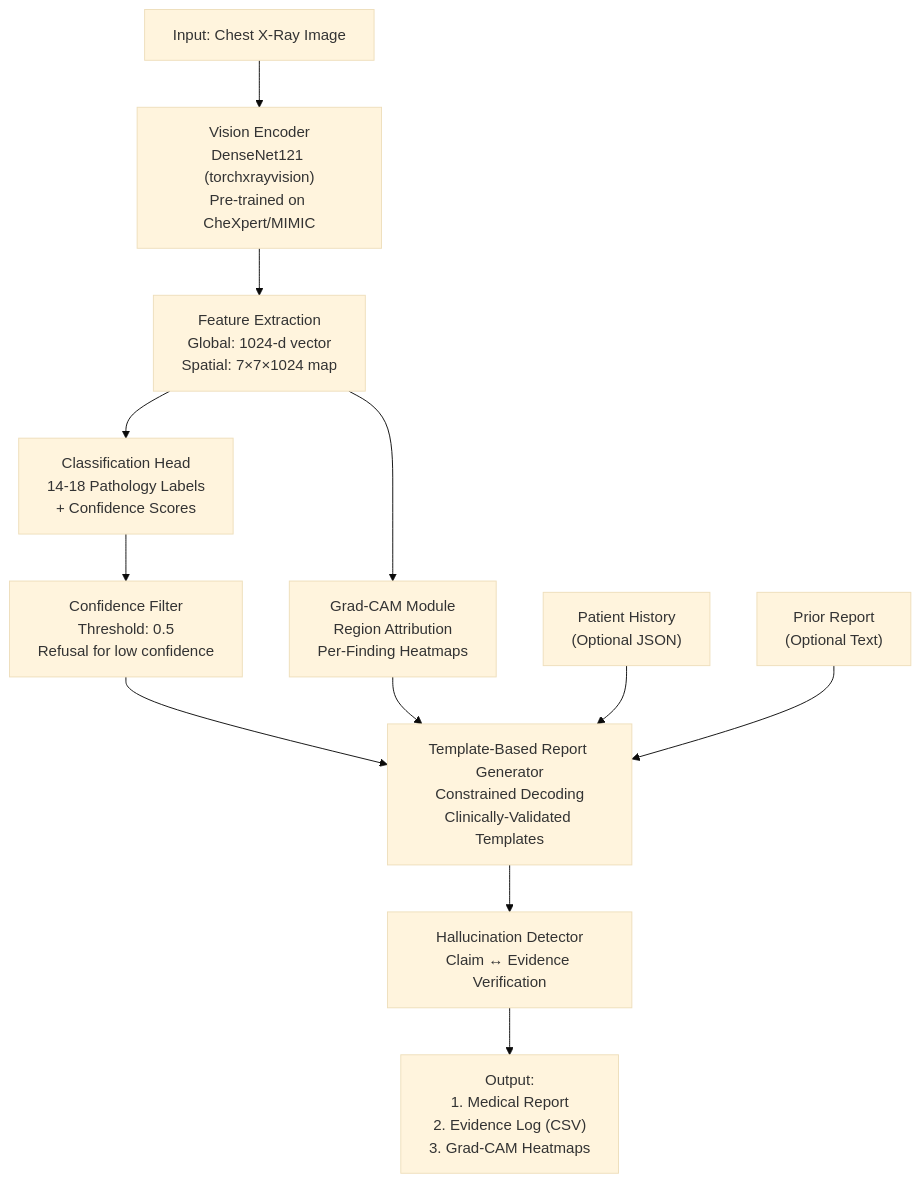
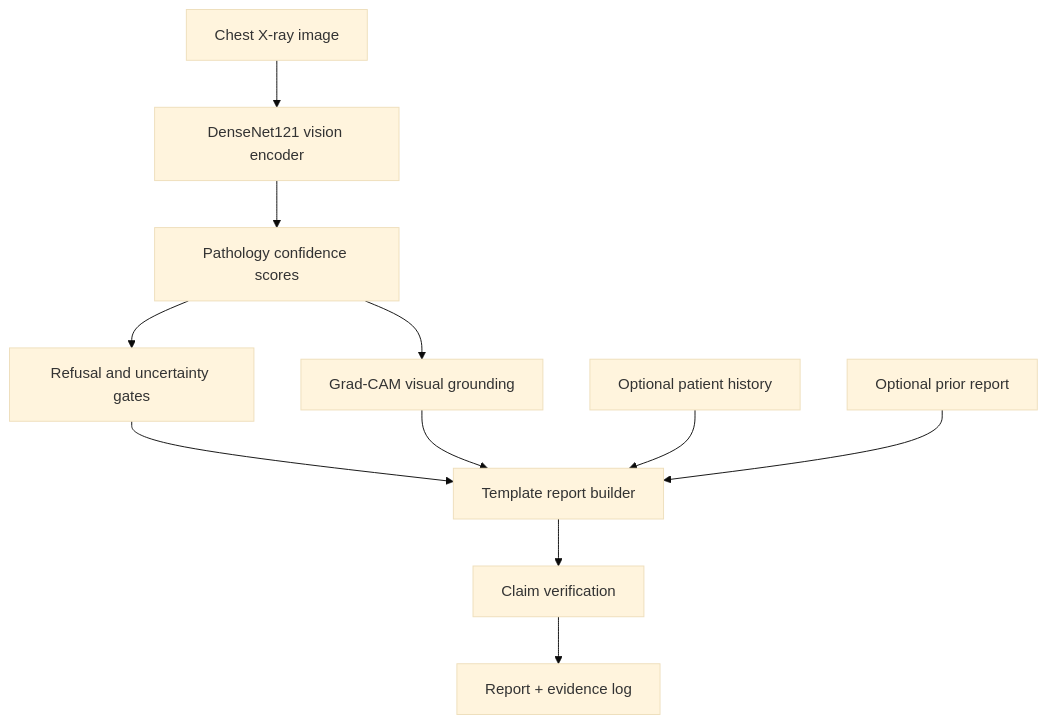
Before and after one commit to hasana157/ClinicGuard-ReportGen: the diagram in README.md, drawn with Mermaid (base theme). The commit also changed other lines of this file and 20 other files, not shown here.

````diff
--- a/README.md
+++ b/README.md
@@ -67,15 +111,13 @@
 ```mermaid
 graph TD
-    A["Input: Chest X-Ray Image"] --> B["Vision Encoder<br/>DenseNet121 (torchxrayvision)<br/>Pre-trained on CheXpert/MIMIC"]
-    B --> C["Feature Extraction<br/>Global: 1024-d vector<br/>Spatial: 7×7×1024 map"]
-    C --> D["Classification Head<br/>14-18 Pathology Labels<br/>+ Confidence Scores"]
-    C --> E["Grad-CAM Module<br/>Region Attribution<br/>Per-Finding Heatmaps"]
-    D --> F["Confidence Filter<br/>Threshold: 0.5<br/>Refusal for low confidence"]
-    F --> G["Template-Based Report Generator<br/>Constrained Decoding<br/>Clinically-Validated Templates"]
-    E --> G
-    G --> H["Hallucination Detector<br/>Claim ↔ Evidence Verification"]
-    H --> I["Output:<br/>1. Medical Report<br/>2. Evidence Log (CSV)<br/>3. Grad-CAM Heatmaps"]
-    
-    J["Patient History<br/>(Optional JSON)"] --> G
-    K["Prior Report<br/>(Optional Text)"] --> G
+    A["Chest X-ray image"] --> B["DenseNet121 vision encoder"]
+    B --> C["Pathology confidence scores"]
+    C --> D["Refusal and uncertainty gates"]
+    D --> E["Template report builder"]
+    C --> F["Grad-CAM visual grounding"]
+    F --> E
+    E --> G["Claim verification"]
+    G --> H["Report + evidence log"]
+    I["Optional patient history"] --> E
+    J["Optional prior report"] --> E
 ```
````
